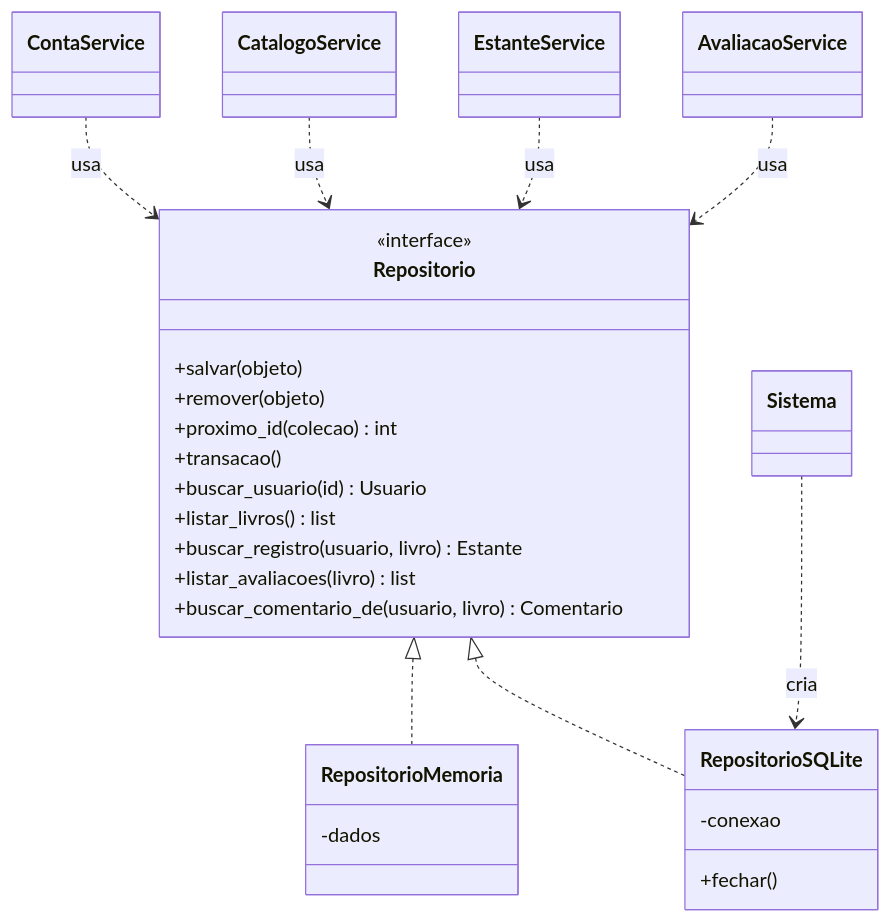
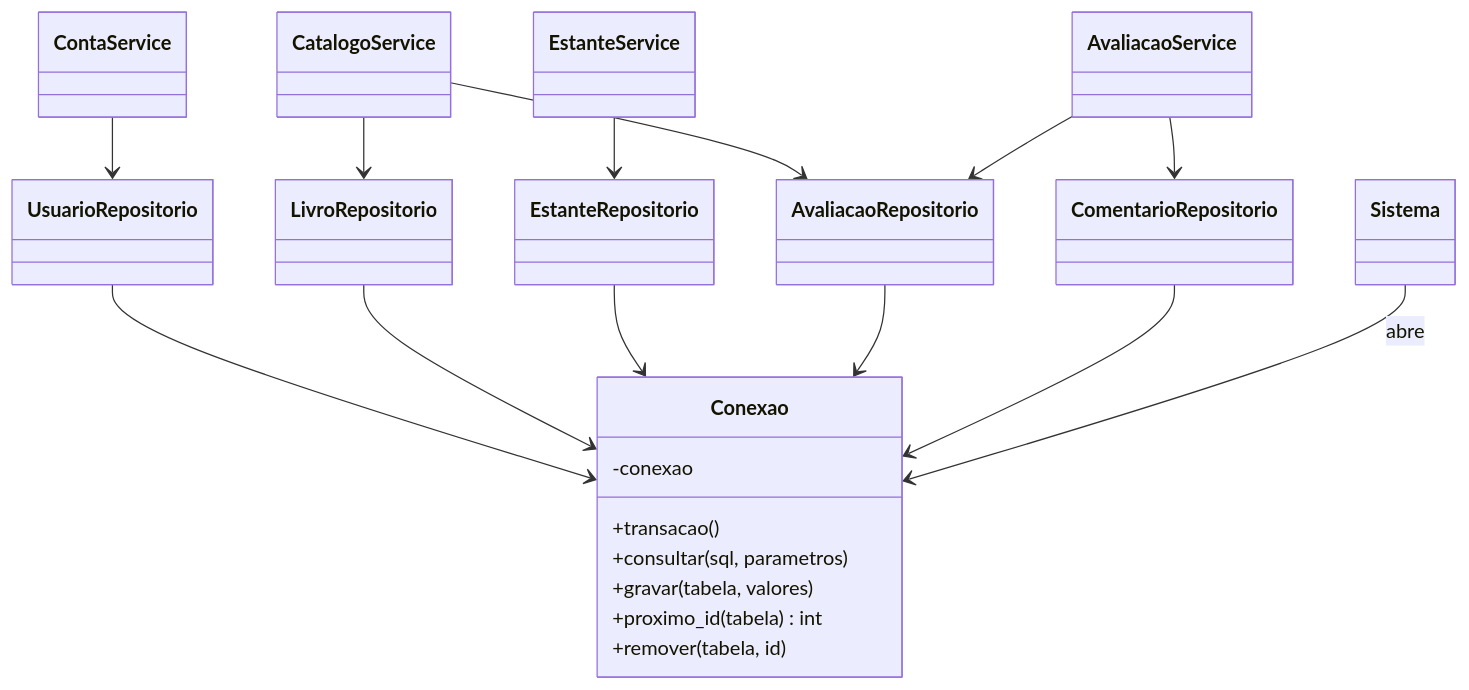
The third of 4 diagrams in docs/uml/diagrama_de_classes.md (BiaTrixie/sistema-biblioteca-poo), drawn with Mermaid before and after one commit. The commit also changed other lines of this file and 2 other files, not shown here.

Commit message:
feat: atualizando documentações

````diff
--- a/docs/uml/diagrama_de_classes.md
+++ b/docs/uml/diagrama_de_classes.md
@@ -123,36 +125,35 @@
 ```mermaid
 classDiagram
     direction TB
-    class Repositorio {
-        <<interface>>
-        +salvar(objeto)
-        +remover(objeto)
-        +proximo_id(colecao) int
+    class Conexao {
+        -conexao
         +transacao()
-        +buscar_usuario(id) Usuario
-        +listar_livros() list
-        +buscar_registro(usuario, livro) Estante
-        +listar_avaliacoes(livro) list
-        +buscar_comentario_de(usuario, livro) Comentario
+        +consultar(sql, parametros)
+        +gravar(tabela, valores)
+        +proximo_id(tabela) int
+        +remover(tabela, id)
     }
-    class RepositorioMemoria {
-        -dados
-    }
-    class RepositorioSQLite {
-        -conexao
-        +fechar()
-    }
+    class UsuarioRepositorio
+    class LivroRepositorio
+    class EstanteRepositorio
+    class AvaliacaoRepositorio
+    class ComentarioRepositorio
     class ContaService
     class CatalogoService
     class EstanteService
     class AvaliacaoService
     class Sistema
 
-    Repositorio <|.. RepositorioMemoria
-    Repositorio <|.. RepositorioSQLite
-    ContaService ..> Repositorio : usa
-    CatalogoService ..> Repositorio : usa
-    EstanteService ..> Repositorio : usa
-    AvaliacaoService ..> Repositorio : usa
-    Sistema ..> RepositorioSQLite : cria
+    UsuarioRepositorio --> Conexao
+    LivroRepositorio --> Conexao
+    EstanteRepositorio --> Conexao
+    AvaliacaoRepositorio --> Conexao
+    ComentarioRepositorio --> Conexao
+    ContaService --> UsuarioRepositorio
+    CatalogoService --> LivroRepositorio
+    CatalogoService --> AvaliacaoRepositorio
+    EstanteService --> EstanteRepositorio
+    AvaliacaoService --> AvaliacaoRepositorio
+    AvaliacaoService --> ComentarioRepositorio
+    Sistema --> Conexao : abre
 ```
````
